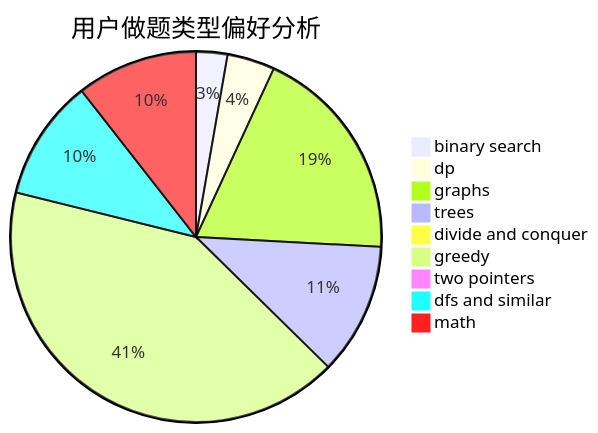
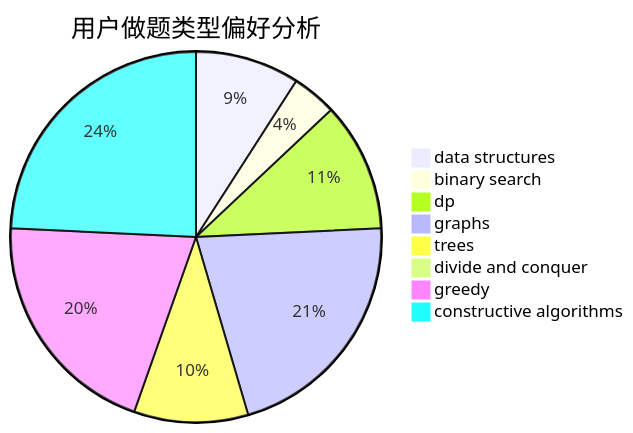
One commit to sherpahu/cfrs.github.io changed the second of 3 diagrams in docs/user/u1683.md. Above: the diagram before and after it, drawn with Mermaid. The commit also changed other lines of this file and 2775 other files, not shown here.

````diff
--- a/docs/user/u1683.md
+++ b/docs/user/u1683.md
@@ -23,12 +23,11 @@
 ```mermaid
 pie title 用户做题类型偏好分析
-    "binary search" :  29
-    "dp" :  44
-    "graphs" :  201
-    "trees" :  122
+    "data structures" :  21
+    "binary search" :  9
+    "dp" :  26
+    "graphs" :  49
+    "trees" :  23
     "divide and conquer" :  2
-    "greedy" :  440
-    "two pointers" :  5
-    "dfs and similar" :  112
-    "math" :  112
+    "greedy" :  47
+    "constructive algorithms" :  56
 ```
````
